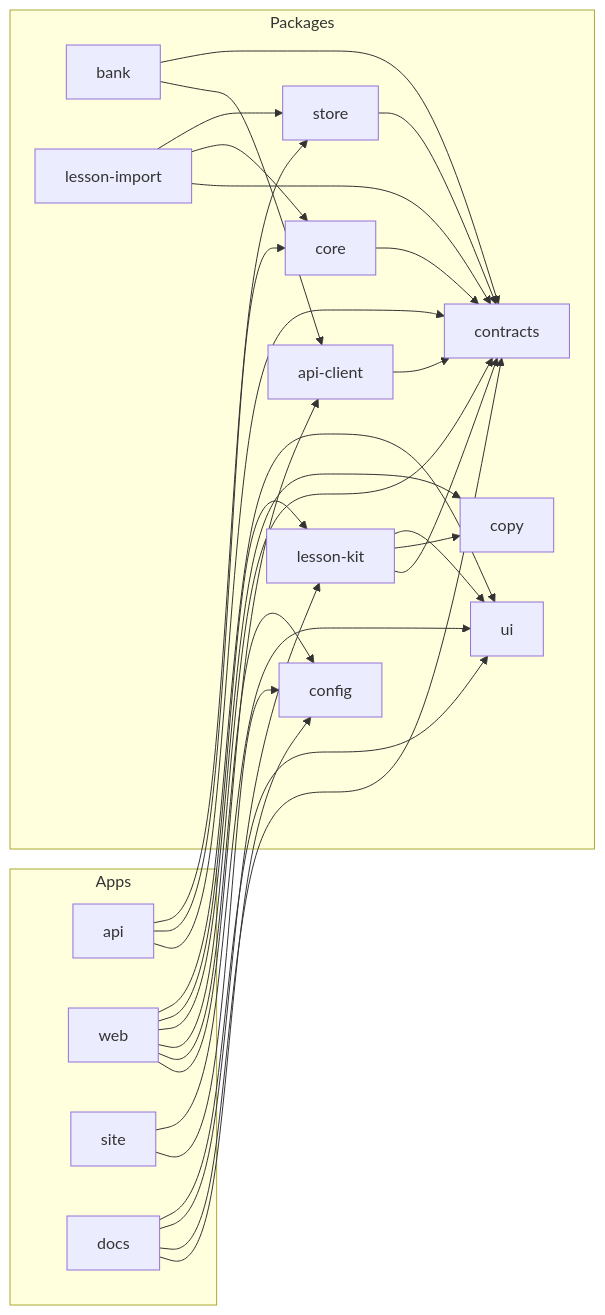
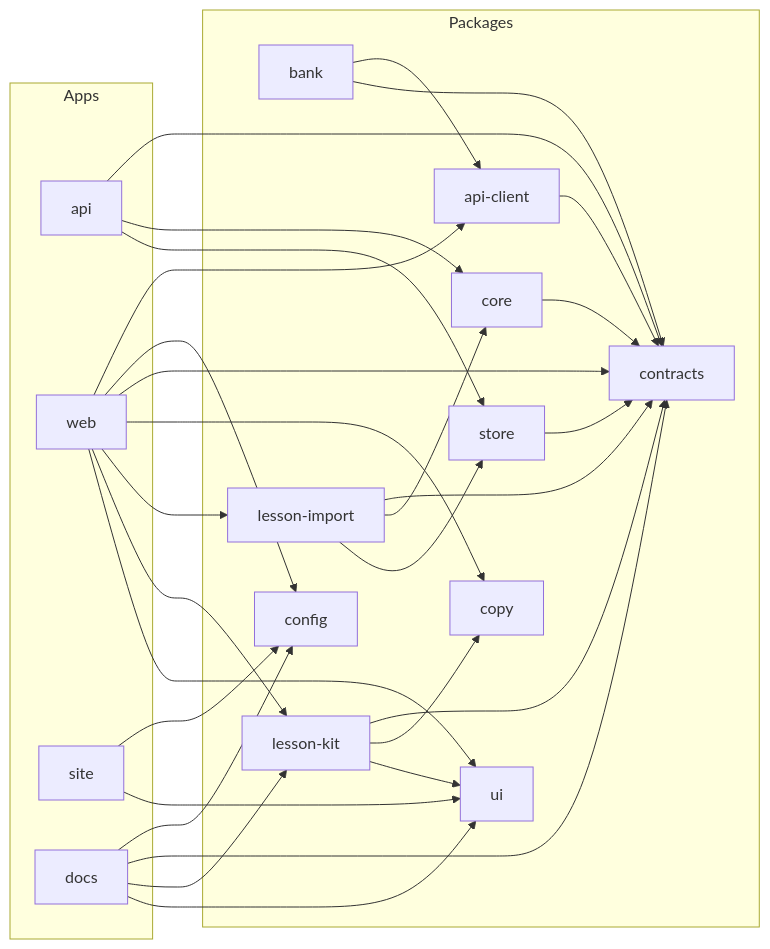
One commit to vasyl-stanislavchuk/jadwigo-hackathon changed the diagram in apps/docs/src/content/docs/architecture/monorepo.md. Above: the diagram before and after it, drawn with Mermaid. The commit also changed 14 other files, not shown here.

Commit message:
dl-a38n.19: the lesson builder reads drafts with lesson-import's lenient parse and tones rows with worstLevel

````diff
--- a/apps/docs/src/content/docs/architecture/monorepo.md
+++ b/apps/docs/src/content/docs/architecture/monorepo.md
@@ -20,47 +20,48 @@
 ```mermaid
 flowchart LR
   subgraph apps [Apps]
     api
     web
     site
     docs
   end
   subgraph packages [Packages]
     api_client["api-client"]
     bank
     config
     contracts
     copy
     core
     lesson_import["lesson-import"]
     lesson_kit["lesson-kit"]
     store
     ui
   end
   api --> contracts
   api --> core
   api --> store
   web --> api_client
   web --> config
   web --> contracts
   web --> copy
+  web --> lesson_import
   web --> lesson_kit
   web --> ui
   site --> config
   site --> ui
   docs --> config
   docs --> contracts
   docs --> lesson_kit
   docs --> ui
   api_client --> contracts
   bank --> api_client
   bank --> contracts
   core --> contracts
   lesson_import --> contracts
   lesson_import --> core
   lesson_import --> store
   lesson_kit --> contracts
   lesson_kit --> copy
   lesson_kit --> ui
   store --> contracts
 ```
````
